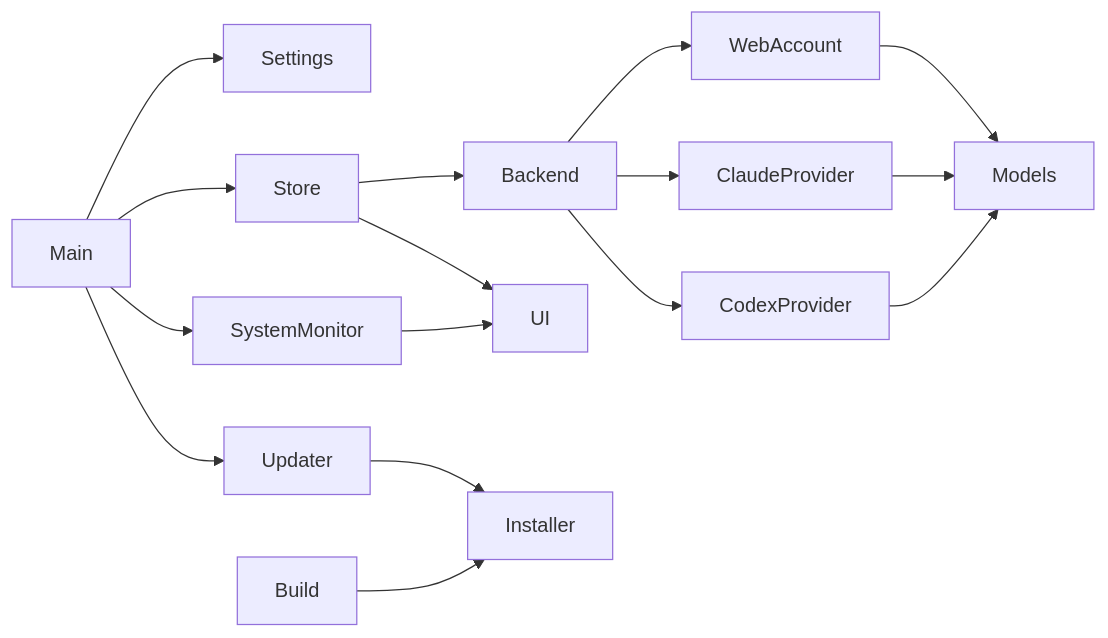
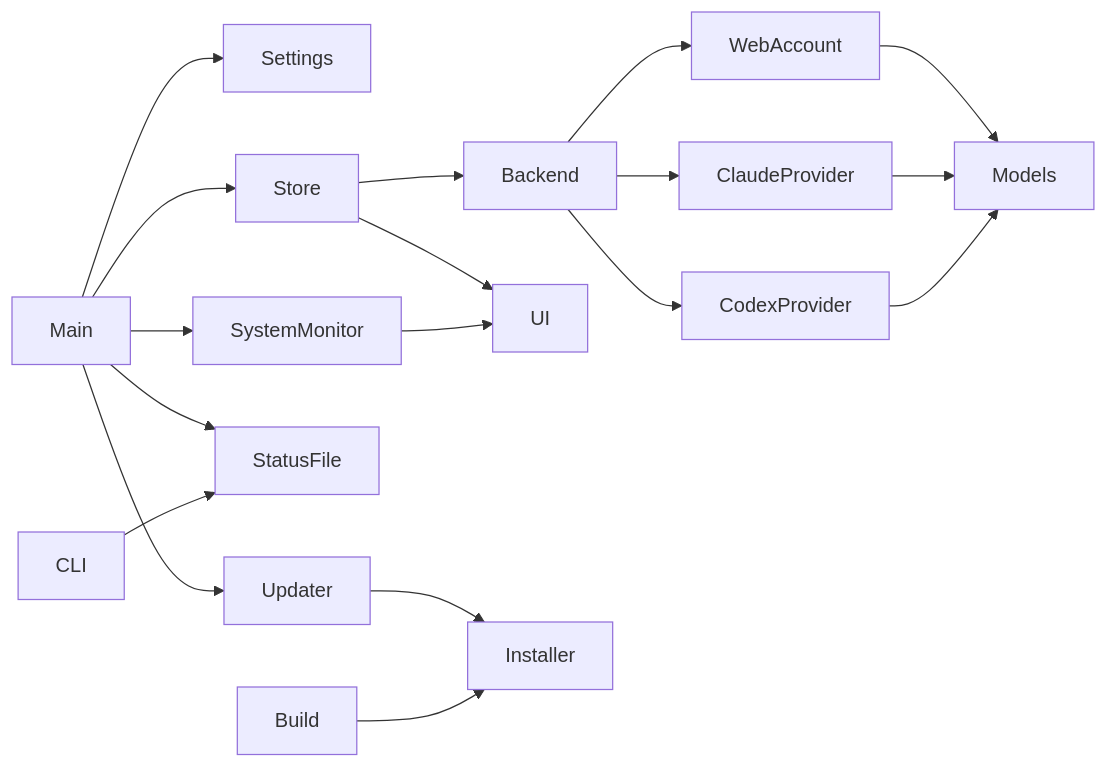
One commit to seanwoo-personal/ai-usage changed the diagram in docs/architecture.md. Above: the diagram before and after it, drawn with Mermaid. The commit also changed other lines of this file and 13 other files, not shown here.

First line of the commit message:
feat(status): read-only status, CLI and MCP server

````diff
--- a/docs/architecture.md
+++ b/docs/architecture.md
@@ -7,18 +7,20 @@
 ```mermaid
 flowchart LR
     Main --> Settings
     Main --> Store
     Store --> Backend
     Backend --> WebAccount
     Backend --> ClaudeProvider
     Backend --> CodexProvider
     WebAccount --> Models
     ClaudeProvider --> Models
     CodexProvider --> Models
     Store --> UI
     Main --> SystemMonitor
     SystemMonitor --> UI
+    Main --> StatusFile
+    CLI --> StatusFile
     Main --> Updater
     Updater --> Installer
     Build --> Installer
 ```
````
